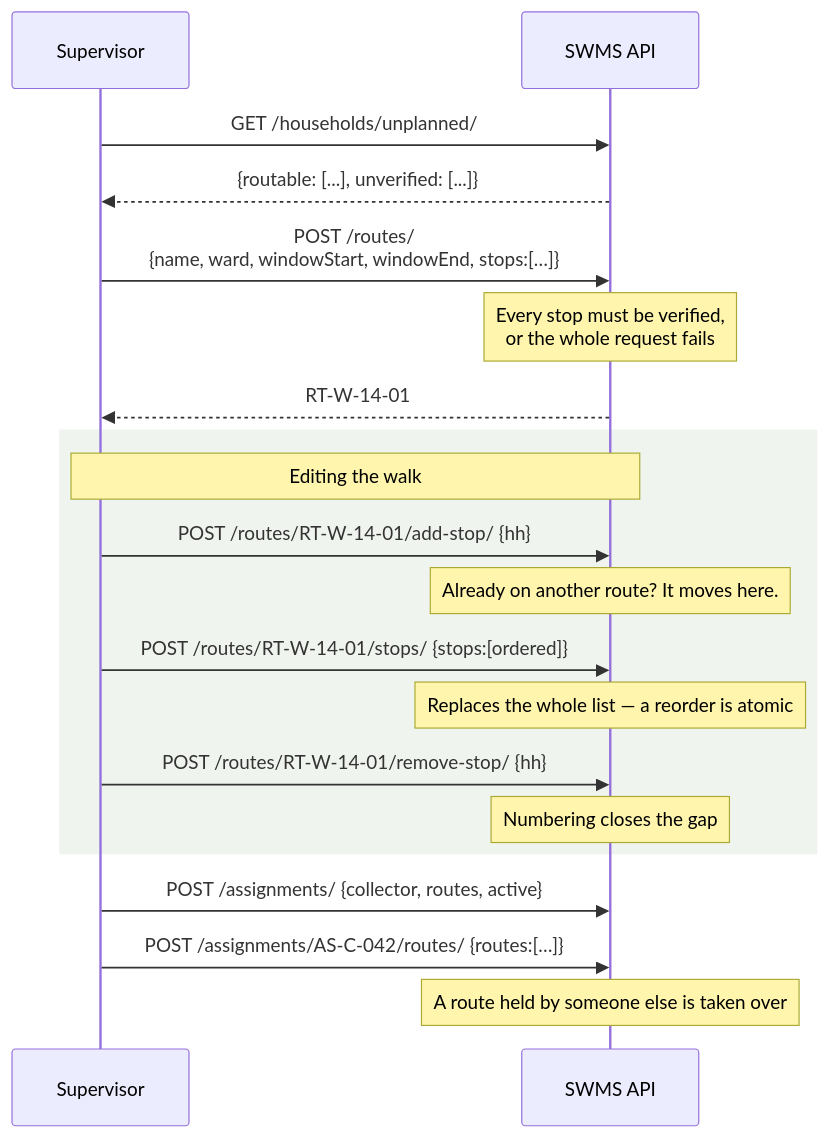
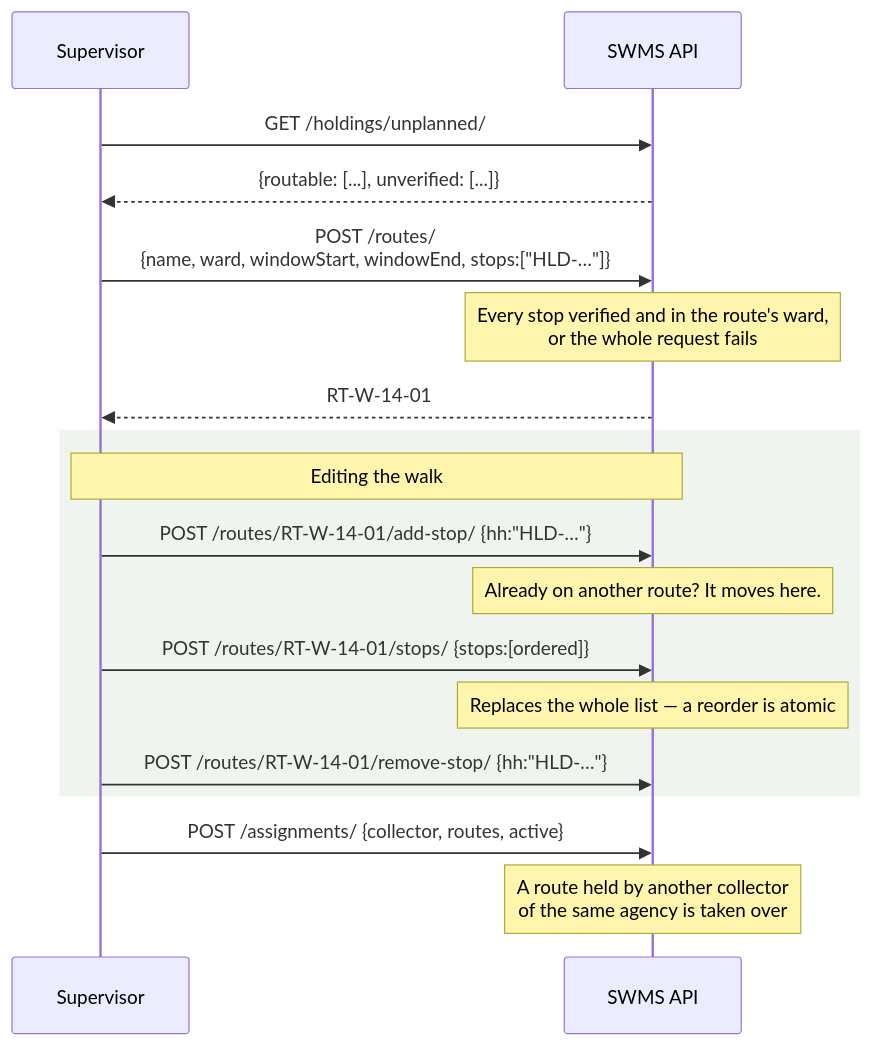
Before and after one commit to DataMartBD/Solid-Waste-Management: the seventh of 18 diagrams in docs/WORKFLOWS.md, drawn with Mermaid. The commit also changed other lines of this file and 189 other files, not shown here.

````diff
--- a/docs/WORKFLOWS.md
+++ b/docs/WORKFLOWS.md
@@ -176,26 +261,24 @@
 ```mermaid
 sequenceDiagram
     participant S as Supervisor
     participant API as SWMS API
 
-    S->>API: GET /households/unplanned/
+    S->>API: GET /holdings/unplanned/
     API-->>S: {routable: [...], unverified: [...]}
 
-    S->>API: POST /routes/<br/>{name, ward, windowStart, windowEnd, stops:[…]}
-    Note over API: Every stop must be verified,<br/>or the whole request fails
+    S->>API: POST /routes/<br/>{name, ward, windowStart, windowEnd, stops:["HLD-…"]}
+    Note over API: Every stop verified and in the route's ward,<br/>or the whole request fails
     API-->>S: RT-W-14-01
 
     rect rgb(240, 244, 238)
         Note over S,API: Editing the walk
-        S->>API: POST /routes/RT-W-14-01/add-stop/ {hh}
+        S->>API: POST /routes/RT-W-14-01/add-stop/ {hh:"HLD-…"}
         Note over API: Already on another route? It moves here.
         S->>API: POST /routes/RT-W-14-01/stops/ {stops:[ordered]}
         Note over API: Replaces the whole list — a reorder is atomic
-        S->>API: POST /routes/RT-W-14-01/remove-stop/ {hh}
-        Note over API: Numbering closes the gap
+        S->>API: POST /routes/RT-W-14-01/remove-stop/ {hh:"HLD-…"}
     end
 
     S->>API: POST /assignments/ {collector, routes, active}
-    S->>API: POST /assignments/AS-C-042/routes/ {routes:[…]}
-    Note over API: A route held by someone else is taken over
+    Note over API: A route held by another collector<br/>of the same agency is taken over
 ```
````
